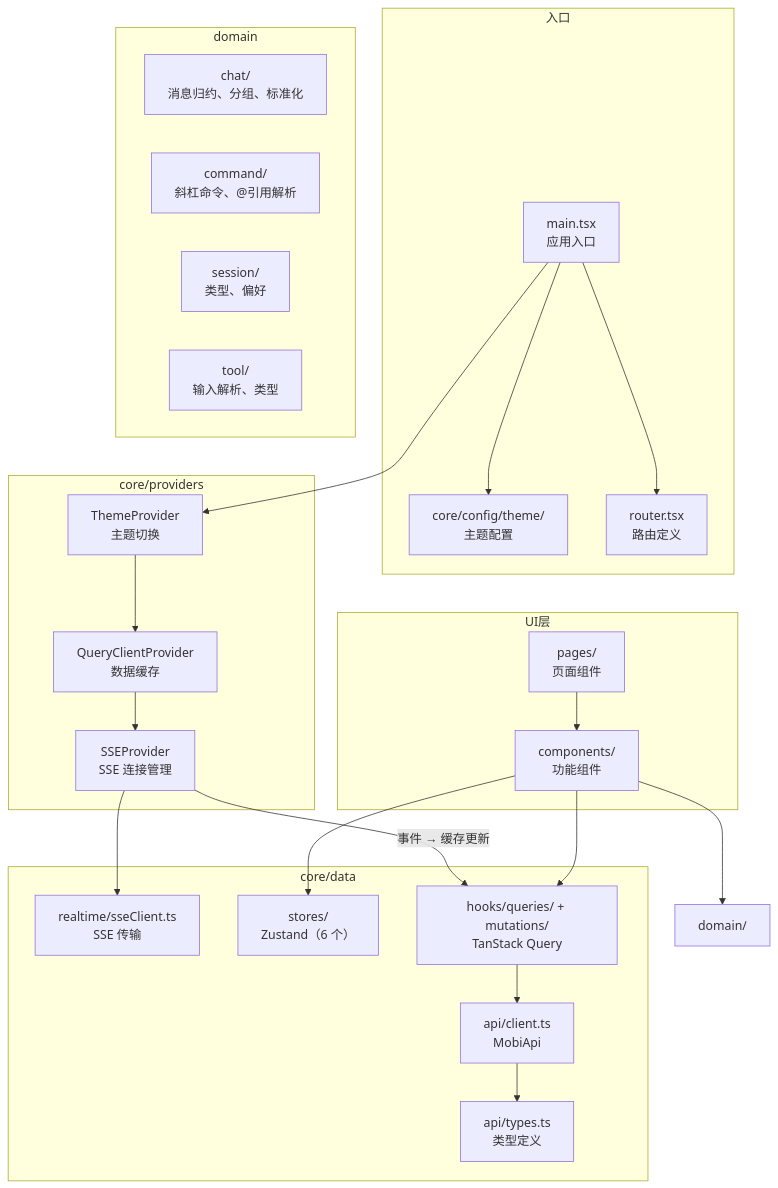
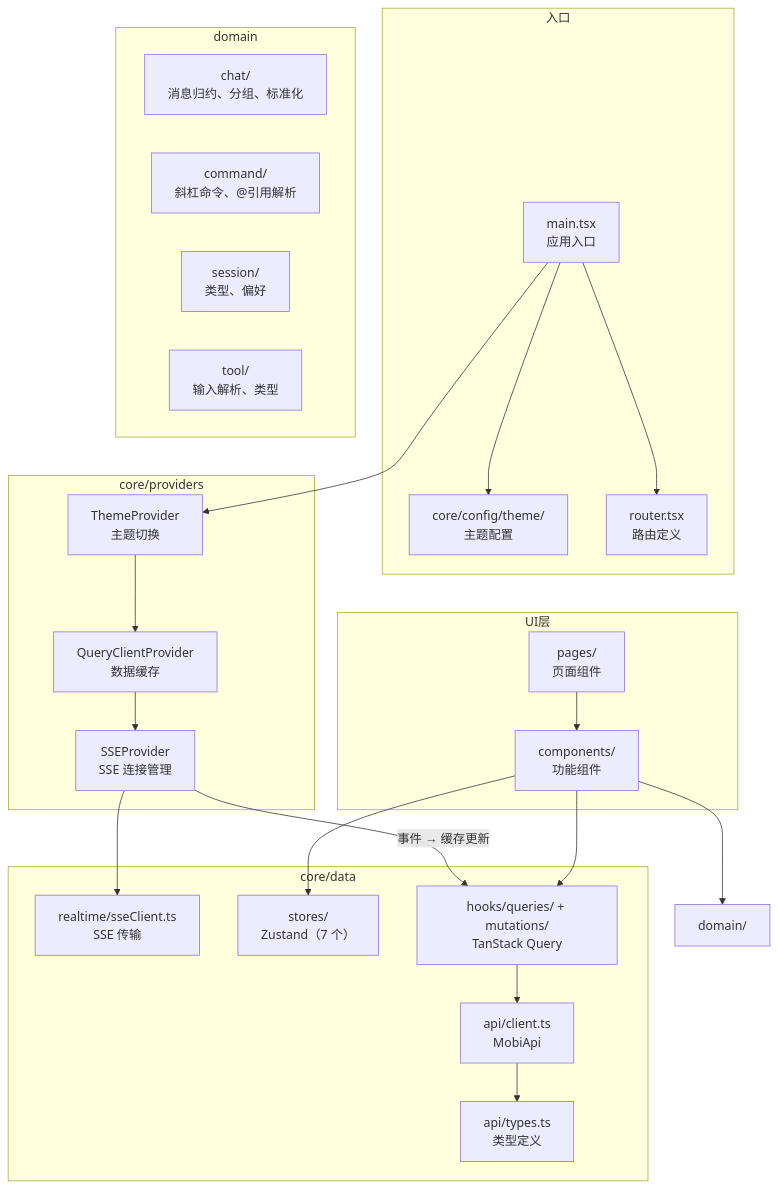
One commit to ModuBit/mobi changed the first of 5 diagrams in docs/architecture/web/README.md. Above: the diagram before and after it, drawn with Mermaid. The commit also changed other lines of this file and 6 other files, not shown here.

````diff
--- a/docs/architecture/web/README.md
+++ b/docs/architecture/web/README.md
@@ -54,48 +55,48 @@
 ```mermaid
 graph TB
     subgraph 入口
         Main["main.tsx<br/>应用入口"]
         Theme["core/config/theme/<br/>主题配置"]
         Router["router.tsx<br/>路由定义"]
     end
 
     subgraph core/providers
         SSEP["SSEProvider<br/>SSE 连接管理"]
         TP["ThemeProvider<br/>主题切换"]
         QCP["QueryClientProvider<br/>数据缓存"]
     end
 
     subgraph core/data
         API["api/client.ts<br/>MobiApi"]
         Types["api/types.ts<br/>类型定义"]
         SSEC["realtime/sseClient.ts<br/>SSE 传输"]
-        Stores["stores/<br/>Zustand（6 个）"]
+        Stores["stores/<br/>Zustand（7 个）"]
         Hooks["hooks/queries/ + mutations/<br/>TanStack Query"]
     end
 
     subgraph domain
         Chat["chat/<br/>消息归约、分组、标准化"]
         Command["command/<br/>斜杠命令、@引用解析"]
         Session["session/<br/>类型、偏好"]
         Tool["tool/<br/>输入解析、类型"]
     end
 
     subgraph UI层
         Pages["pages/<br/>页面组件"]
         Components["components/<br/>功能组件"]
     end
 
     Main --> Theme
     Main --> Router
     Main --> TP --> QCP --> SSEP
 
     SSEP --> SSEC
     SSEP -->|"事件 → 缓存更新"| Hooks
 
     Hooks --> API
     API --> Types
     Components --> Hooks
     Components --> Domain["domain/"]
     Pages --> Components
     Components --> Stores
 ```
````
